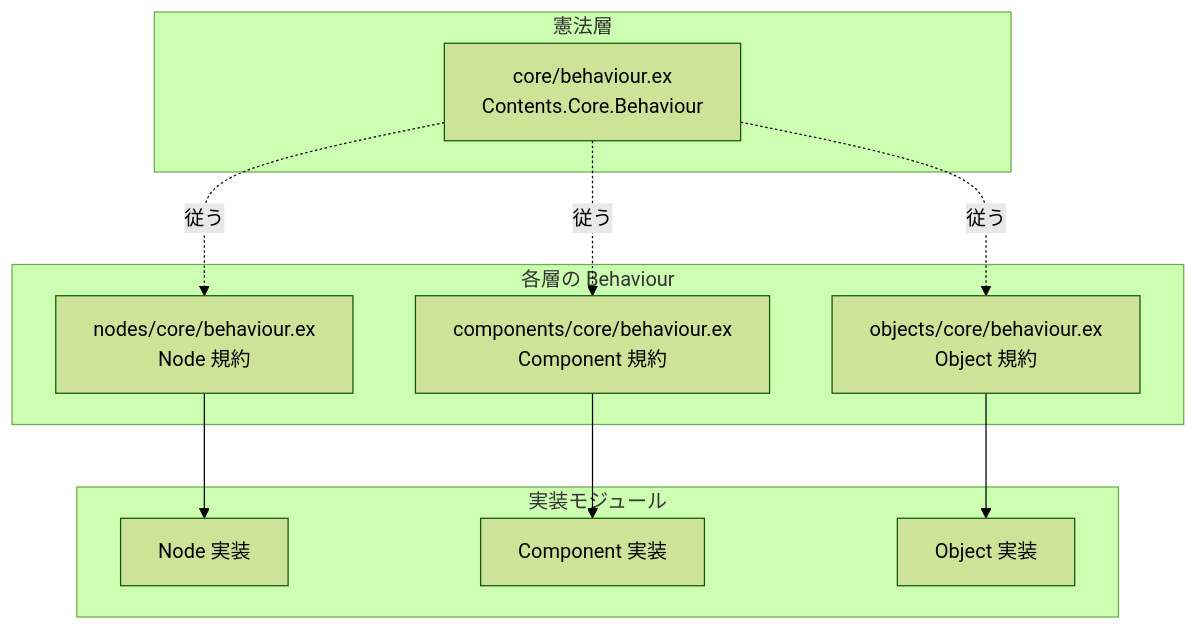
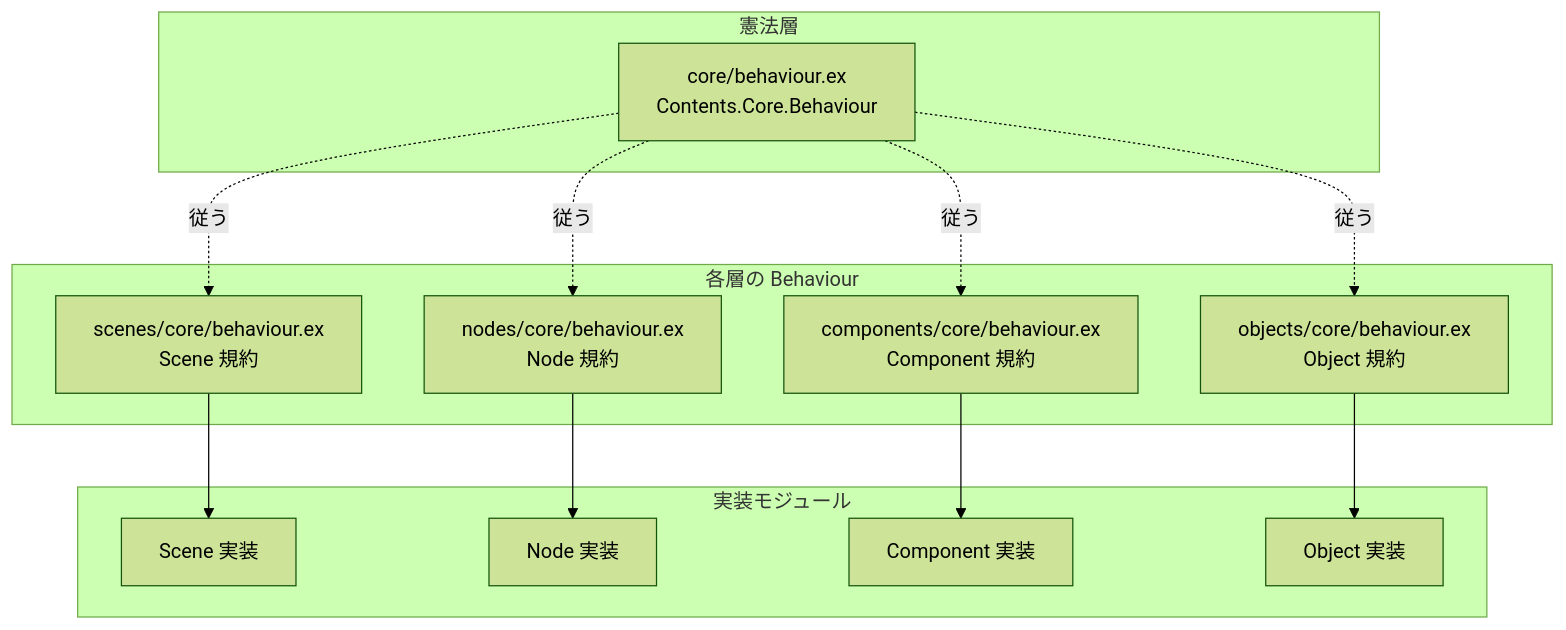
One commit to FRICK-ELDY/alchemy-engine changed the second of 2 diagrams in docs/architecture/fix_contents.md. Above: the diagram before and after it, drawn with Mermaid (forest theme). The commit also changed other lines of this file and 3 other files, not shown here.

Commit message:
docs(architecture): add Scene as first-class concept (Phase 1)

````diff
--- a/docs/architecture/fix_contents.md
+++ b/docs/architecture/fix_contents.md
@@ -190,26 +206,30 @@
 ```mermaid
 flowchart TB
     subgraph constitution["憲法層"]
         CORE[core/behaviour.ex<br>Contents.Core.Behaviour]
     end
 
     subgraph layer_behaviours["各層の Behaviour"]
+        SCN_B[scenes/core/behaviour.ex<br>Scene 規約]
         NOD_B[nodes/core/behaviour.ex<br>Node 規約]
         CMP_B[components/core/behaviour.ex<br>Component 規約]
         OBJ_B[objects/core/behaviour.ex<br>Object 規約]
     end
 
     subgraph implementations["実装モジュール"]
+        SCN_IMPL[Scene 実装]
         NOD_IMPL[Node 実装]
         CMP_IMPL[Component 実装]
         OBJ_IMPL[Object 実装]
     end
 
+    CORE -.->|"従う"| SCN_B
     CORE -.->|"従う"| NOD_B
     CORE -.->|"従う"| CMP_B
     CORE -.->|"従う"| OBJ_B
 
+    SCN_B --> SCN_IMPL
     NOD_B --> NOD_IMPL
     CMP_B --> CMP_IMPL
     OBJ_B --> OBJ_IMPL
 ```
````
